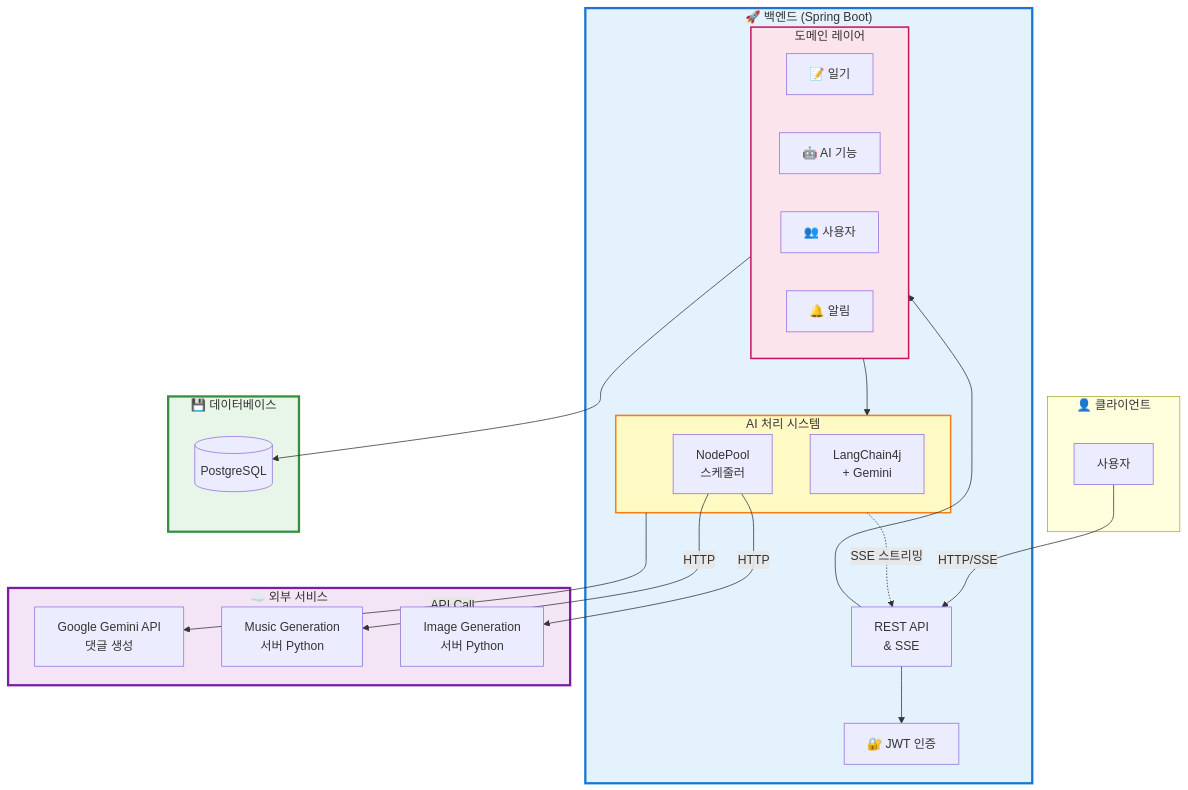
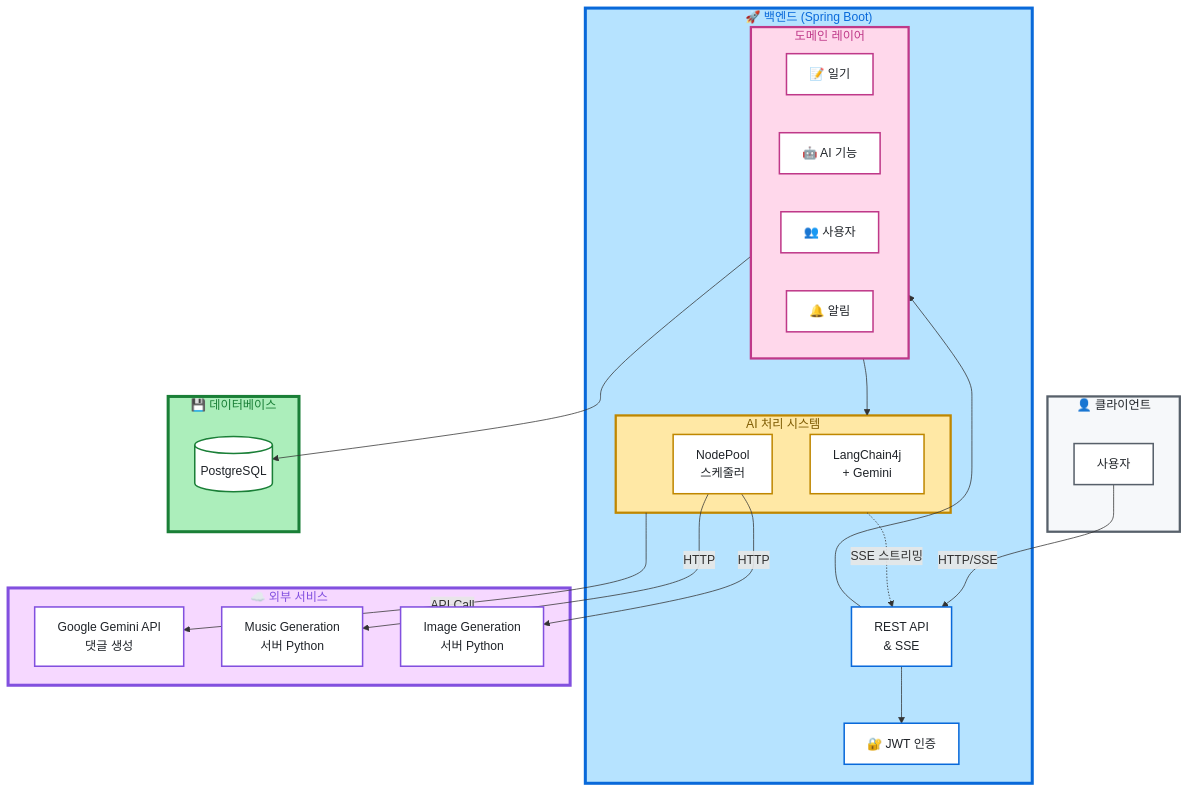
The second of 2 diagrams in README.md (Capstone-Memoria/Memoria-Back), drawn with Mermaid before and after one commit. The commit also changed other lines of this file, not shown here.

Commit message:
refactor: update styles in README.md for flowchart elements
- Enhanced visual styles for various nodes and subgraphs in the flowchart.
- Improved color contrast and consistency for better readability and aesthetics.

````diff
--- a/README.md
+++ b/README.md
@@ -146,49 +154,66 @@
 ```mermaid
 graph TB
     subgraph Client["👤 클라이언트"]
         User[사용자]
     end
 
     subgraph Backend["🚀 백엔드 (Spring Boot)"]
         API[REST API<br/>& SSE]
         Auth[🔐 JWT 인증]
 
         subgraph Domains["도메인 레이어"]
             Diary[📝 일기]
             AIService[🤖 AI 기능]
             UserDomain[👥 사용자]
             Noti[🔔 알림]
         end
 
         subgraph AISystem["AI 처리 시스템"]
             LangChain[LangChain4j<br/>+ Gemini]
             NodePool[NodePool<br/>스케줄러]
         end
     end
 
     subgraph External["☁️ 외부 서비스"]
         Gemini[Google Gemini API<br/>댓글 생성]
         MusicNode[Music Generation<br/>서버 Python]
         ImageNode[Image Generation<br/>서버 Python]
     end
 
     subgraph Database["💾 데이터베이스"]
         PostgreSQL[(PostgreSQL)]
     end
 
     User -->|HTTP/SSE| API
     API --> Auth
     API --> Domains
     Domains --> AISystem
     AISystem -->|API Call| Gemini
     NodePool -->|HTTP| MusicNode
     NodePool -->|HTTP| ImageNode
     Domains --> PostgreSQL
     AISystem -.SSE 스트리밍.-> API
 
-    style Backend fill:#e3f2fd,stroke:#1976d2,stroke-width:3px
-    style AISystem fill:#fff9c4,stroke:#f57f17,stroke-width:2px
-    style External fill:#f3e5f5,stroke:#7b1fa2,stroke-width:3px
-    style Database fill:#e8f5e9,stroke:#388e3c,stroke-width:3px
-    style Domains fill:#fce4ec,stroke:#c2185b,stroke-width:2px
+    %% Subgraph 스타일 (진한 배경 + 진한 글자)
+    style Backend fill:#b6e3ff,stroke:#0969da,stroke-width:4px,color:#0969da
+    style AISystem fill:#ffe8a5,stroke:#bf8700,stroke-width:3px,color:#7d5a00
+    style External fill:#f6d8ff,stroke:#8250df,stroke-width:4px,color:#8250df
+    style Database fill:#aceebb,stroke:#1a7f37,stroke-width:4px,color:#1a7f37
+    style Domains fill:#ffd8eb,stroke:#bf3989,stroke-width:3px,color:#bf3989
+    style Client fill:#f6f8fa,stroke:#57606a,stroke-width:3px,color:#1f2328
+
+    %% 개별 노드 스타일 (밝은 배경 + 어두운 글자)
+    style User fill:#ffffff,stroke:#57606a,stroke-width:2px,color:#1f2328
+    style API fill:#ffffff,stroke:#0969da,stroke-width:2px,color:#1f2328
+    style Auth fill:#ffffff,stroke:#0969da,stroke-width:2px,color:#1f2328
+    style Diary fill:#ffffff,stroke:#bf3989,stroke-width:2px,color:#1f2328
+    style AIService fill:#ffffff,stroke:#bf3989,stroke-width:2px,color:#1f2328
+    style UserDomain fill:#ffffff,stroke:#bf3989,stroke-width:2px,color:#1f2328
+    style Noti fill:#ffffff,stroke:#bf3989,stroke-width:2px,color:#1f2328
+    style LangChain fill:#ffffff,stroke:#bf8700,stroke-width:2px,color:#1f2328
+    style NodePool fill:#ffffff,stroke:#bf8700,stroke-width:2px,color:#1f2328
+    style Gemini fill:#ffffff,stroke:#8250df,stroke-width:2px,color:#1f2328
+    style MusicNode fill:#ffffff,stroke:#8250df,stroke-width:2px,color:#1f2328
+    style ImageNode fill:#ffffff,stroke:#8250df,stroke-width:2px,color:#1f2328
+    style PostgreSQL fill:#ffffff,stroke:#1a7f37,stroke-width:2px,color:#1f2328
 ```
````
